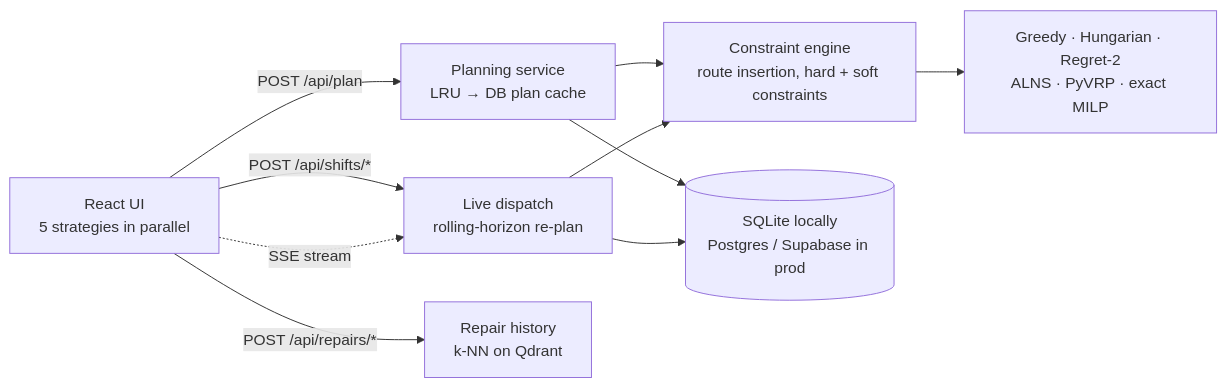
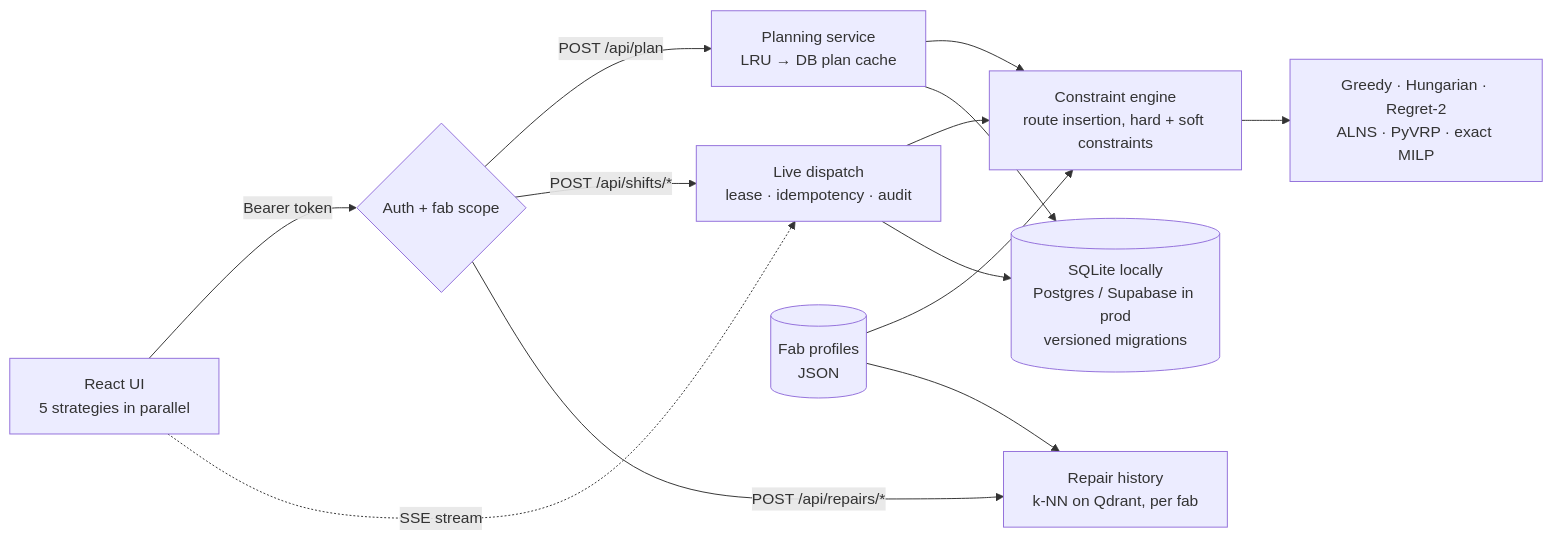
One commit to pavansky/fab-dispatch changed the diagram in README.md. Above: the diagram before and after it, drawn with Mermaid. The commit also changed other lines of this file and 15 other files, not shown here.

````diff
--- a/README.md
+++ b/README.md
@@ -149,11 +163,13 @@
 ```mermaid
 flowchart LR
-  UI["React UI<br/>5 strategies in parallel"] -->|POST /api/plan| PS["Planning service<br/>LRU → DB plan cache"]
+  UI["React UI<br/>5 strategies in parallel"] -->|"Bearer token"| AUTH{"Auth + fab scope"}
+  AUTH -->|POST /api/plan| PS["Planning service<br/>LRU → DB plan cache"]
   PS --> ENG["Constraint engine<br/>route insertion, hard + soft constraints"]
   ENG --> ALG["Greedy · Hungarian · Regret-2<br/>ALNS · PyVRP · exact MILP"]
-  UI -->|"POST /api/shifts/*"| LIVE["Live dispatch<br/>rolling-horizon re-plan"]
+  AUTH -->|"POST /api/shifts/*"| LIVE["Live dispatch<br/>lease · idempotency · audit"]
   LIVE --> ENG
   UI -.->|SSE stream| LIVE
-  UI -->|POST /api/repairs/*| KN["Repair history<br/>k-NN on Qdrant"]
-  PS & LIVE --> DB[("SQLite locally<br/>Postgres / Supabase in prod")]
+  AUTH -->|POST /api/repairs/*| KN["Repair history<br/>k-NN on Qdrant, per fab"]
+  PROF[("Fab profiles<br/>JSON")] --> ENG & KN
+  PS & LIVE --> DB[("SQLite locally<br/>Postgres / Supabase in prod<br/>versioned migrations")]
 ```
````
